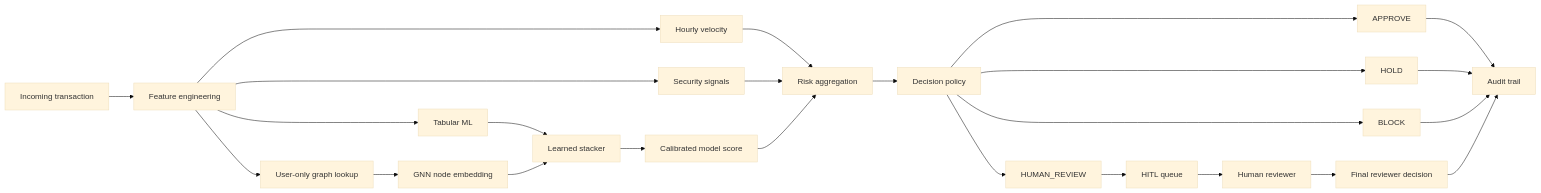
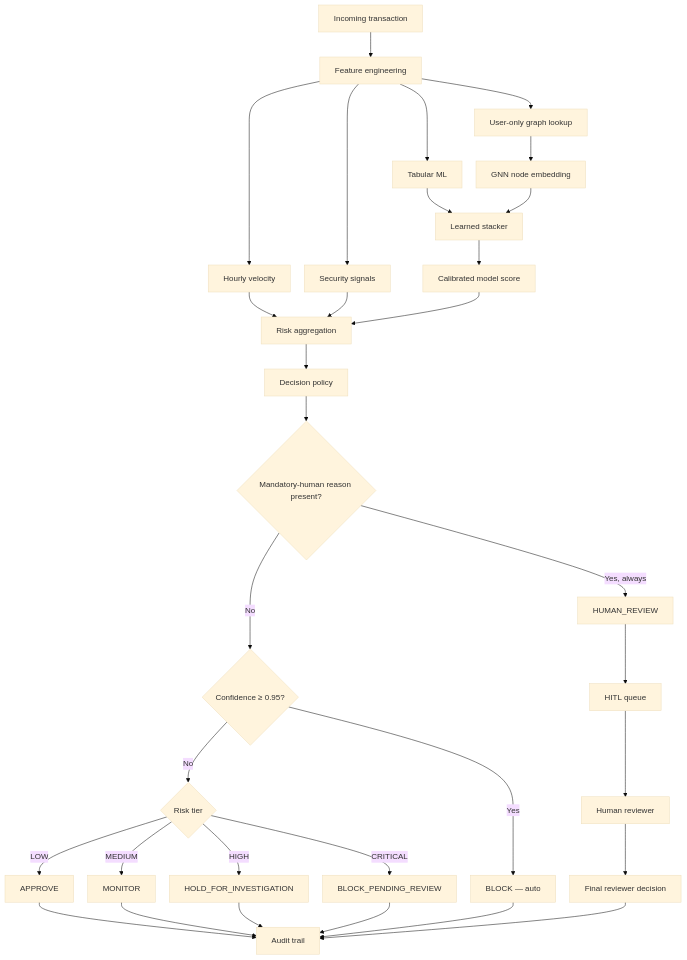
Before and after one commit to Dikshu015/RazorRisk-Agentic-AI-Payment-Fraud-Risk-Investigation-Platform: the eighth of 12 diagrams in README.md, drawn with Mermaid (base theme). The commit also changed other lines of this file and 1 other file, not shown here.

````diff
--- a/README.md
+++ b/README.md
@@ -218,27 +266,35 @@
 ```mermaid
-flowchart LR
+%%{init: {'flowchart': {'nodeSpacing': 28, 'rankSpacing': 50}}}%%
+flowchart TB
     T[Incoming transaction] --> F[Feature engineering]
     F --> V[Hourly velocity]
     F --> S[Security signals]
     F --> TM[Tabular ML]
     F --> G[User-only graph lookup]
     G --> GN[GNN node embedding]
     TM --> ST[Learned stacker]
     GN --> ST
     ST --> CS[Calibrated model score]
     V --> RA[Risk aggregation]
     S --> RA
     CS --> RA
     RA --> P[Decision policy]
-    P --> A[APPROVE]
-    P --> H[HOLD]
-    P --> B[BLOCK]
-    P --> R[HUMAN_REVIEW]
+    P --> M{Mandatory-human reason present?}
+    M -->|Yes, always| R[HUMAN_REVIEW]
+    M -->|No| C{Confidence &ge; 0.95?}
+    C -->|Yes| B[BLOCK — auto]
+    C -->|No| TIER{Risk tier}
+    TIER -->|LOW| A[APPROVE]
+    TIER -->|MEDIUM| MON[MONITOR]
+    TIER -->|HIGH| HOLD[HOLD_FOR_INVESTIGATION]
+    TIER -->|CRITICAL| BPR[BLOCK_PENDING_REVIEW]
     R --> Q[HITL queue]
     Q --> HR[Human reviewer]
     HR --> D[Final reviewer decision]
     A --> AU[Audit trail]
-    H --> AU
+    MON --> AU
+    HOLD --> AU
+    BPR --> AU
     B --> AU
     D --> AU
 ```
````
